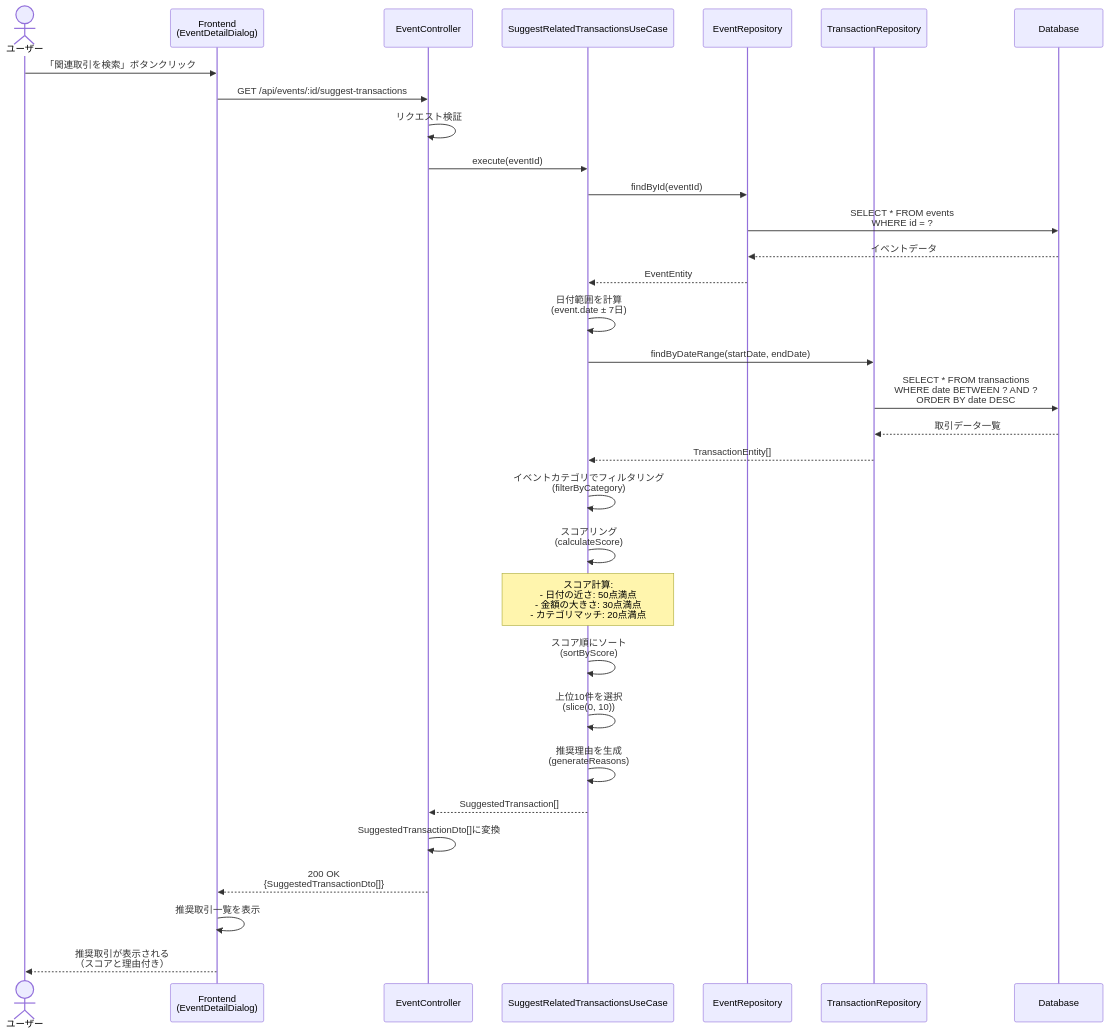
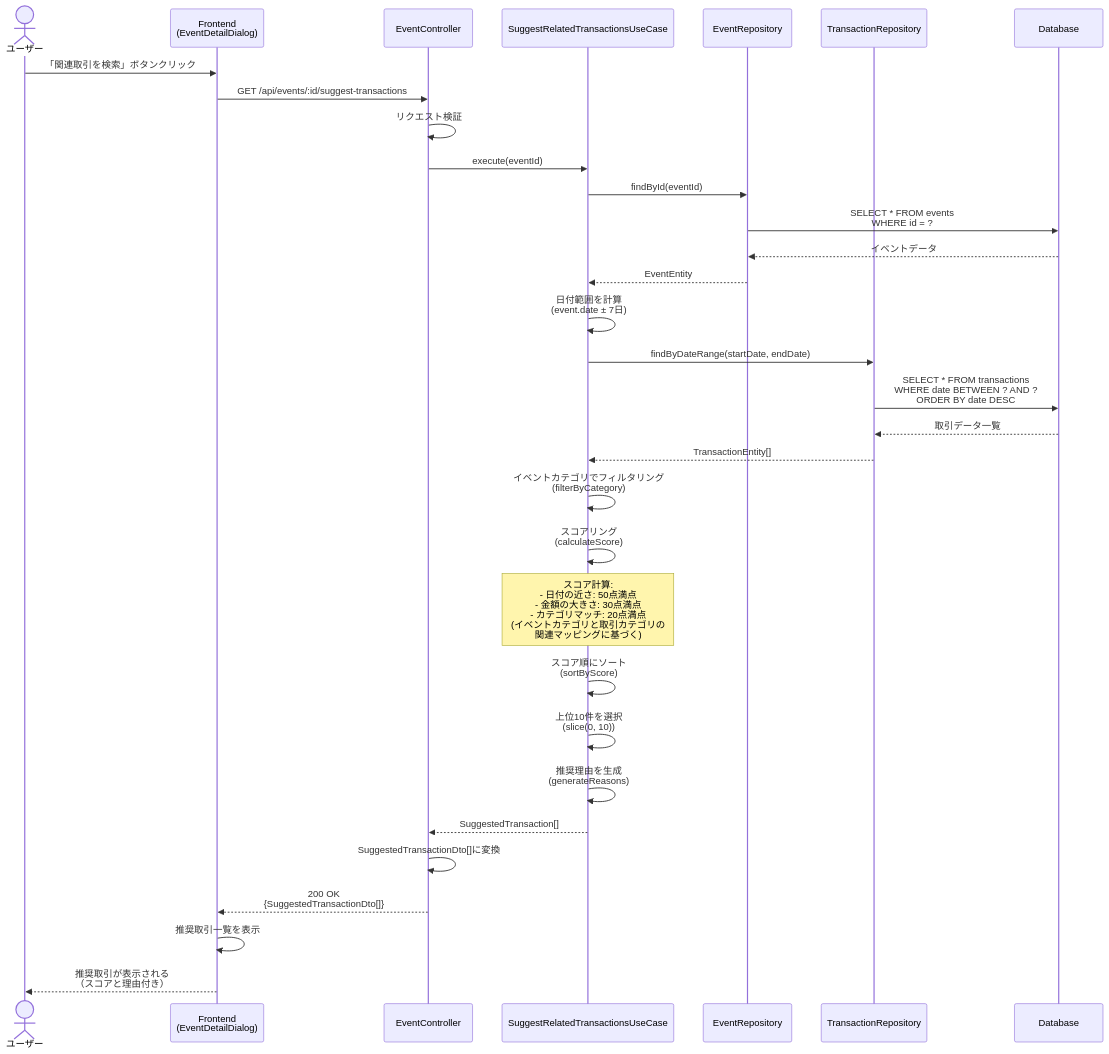
Before and after one commit to kencom2400/account-book: the first of 4 diagrams in docs/detailed-design/FR-022_event-transaction-link/sequence-diagrams.md, drawn with Mermaid. The commit also changed other lines of this file and 4 other files, not shown here.

````diff
--- a/docs/detailed-design/FR-022_event-transaction-link/sequence-diagrams.md
+++ b/docs/detailed-design/FR-022_event-transaction-link/sequence-diagrams.md
@@ -33,46 +33,46 @@
 ```mermaid
 sequenceDiagram
     actor User as ユーザー
     participant FE as Frontend<br/>(EventDetailDialog)
     participant API as EventController
     participant UC as SuggestRelatedTransactionsUseCase
     participant EventRepo as EventRepository
     participant TransRepo as TransactionRepository
     participant DB as Database
 
     User->>FE: 「関連取引を検索」ボタンクリック
     FE->>API: GET /api/events/:id/suggest-transactions
 
     API->>API: リクエスト検証
     API->>UC: execute(eventId)
 
     UC->>EventRepo: findById(eventId)
     EventRepo->>DB: SELECT * FROM events<br/>WHERE id = ?
     DB-->>EventRepo: イベントデータ
     EventRepo-->>UC: EventEntity
 
     UC->>UC: 日付範囲を計算<br/>(event.date ± 7日)
 
     UC->>TransRepo: findByDateRange(startDate, endDate)
     TransRepo->>DB: SELECT * FROM transactions<br/>WHERE date BETWEEN ? AND ?<br/>ORDER BY date DESC
     DB-->>TransRepo: 取引データ一覧
     TransRepo-->>UC: TransactionEntity[]
 
     UC->>UC: イベントカテゴリでフィルタリング<br/>(filterByCategory)
 
     UC->>UC: スコアリング<br/>(calculateScore)
-    Note over UC: スコア計算:<br/>- 日付の近さ: 50点満点<br/>- 金額の大きさ: 30点満点<br/>- カテゴリマッチ: 20点満点
+    Note over UC: スコア計算:<br/>- 日付の近さ: 50点満点<br/>- 金額の大きさ: 30点満点<br/>- カテゴリマッチ: 20点満点<br/>  (イベントカテゴリと取引カテゴリの<br/>  関連マッピングに基づく)
 
     UC->>UC: スコア順にソート<br/>(sortByScore)
 
     UC->>UC: 上位10件を選択<br/>(slice(0, 10))
 
     UC->>UC: 推奨理由を生成<br/>(generateReasons)
 
     UC-->>API: SuggestedTransaction[]
     API->>API: SuggestedTransactionDto[]に変換
     API-->>FE: 200 OK<br/>{SuggestedTransactionDto[]}
 
     FE->>FE: 推奨取引一覧を表示
     FE-->>User: 推奨取引が表示される<br/>（スコアと理由付き）
 ```
````
